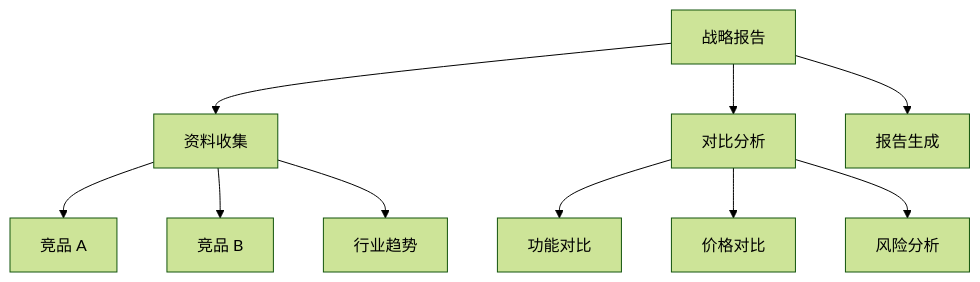
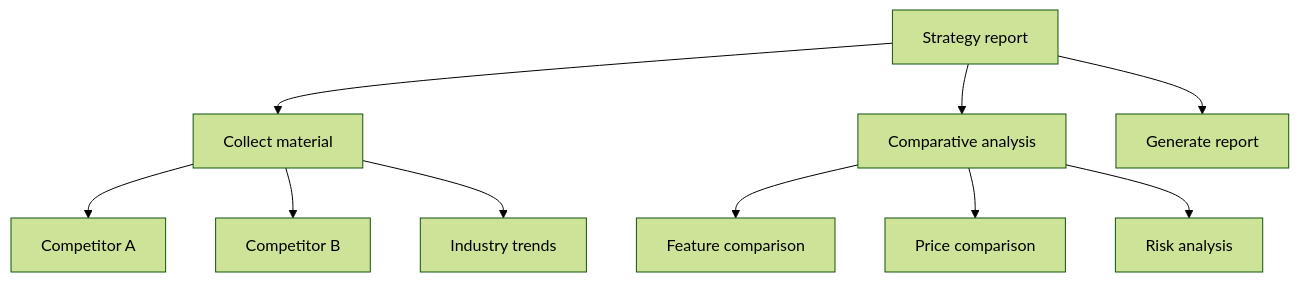
The fifth of 16 diagrams in docs/agent/02-reasoning-planning/06-task-decomposition.md (oneleaveknowsthefall/awesome-ai-roadmap), drawn with Mermaid (forest theme) before and after one commit. The commit also changed other lines of this file and 68 other files, not shown here.

````diff
--- a/docs/agent/02-reasoning-planning/06-task-decomposition.md
+++ b/docs/agent/02-reasoning-planning/06-task-decomposition.md
@@ -317,14 +319,14 @@
 ```mermaid
 flowchart TB
-    G[战略报告] --> M1[资料收集]
-    G --> M2[对比分析]
-    G --> M3[报告生成]
+    G[Strategy report] --> M1[Collect material]
+    G --> M2[Comparative analysis]
+    G --> M3[Generate report]
 
-    M1 --> T11[竞品 A]
-    M1 --> T12[竞品 B]
-    M1 --> T13[行业趋势]
+    M1 --> T11[Competitor A]
+    M1 --> T12[Competitor B]
+    M1 --> T13[Industry trends]
 
-    M2 --> T21[功能对比]
-    M2 --> T22[价格对比]
-    M2 --> T23[风险分析]
+    M2 --> T21[Feature comparison]
+    M2 --> T22[Price comparison]
+    M2 --> T23[Risk analysis]
 ```
````
